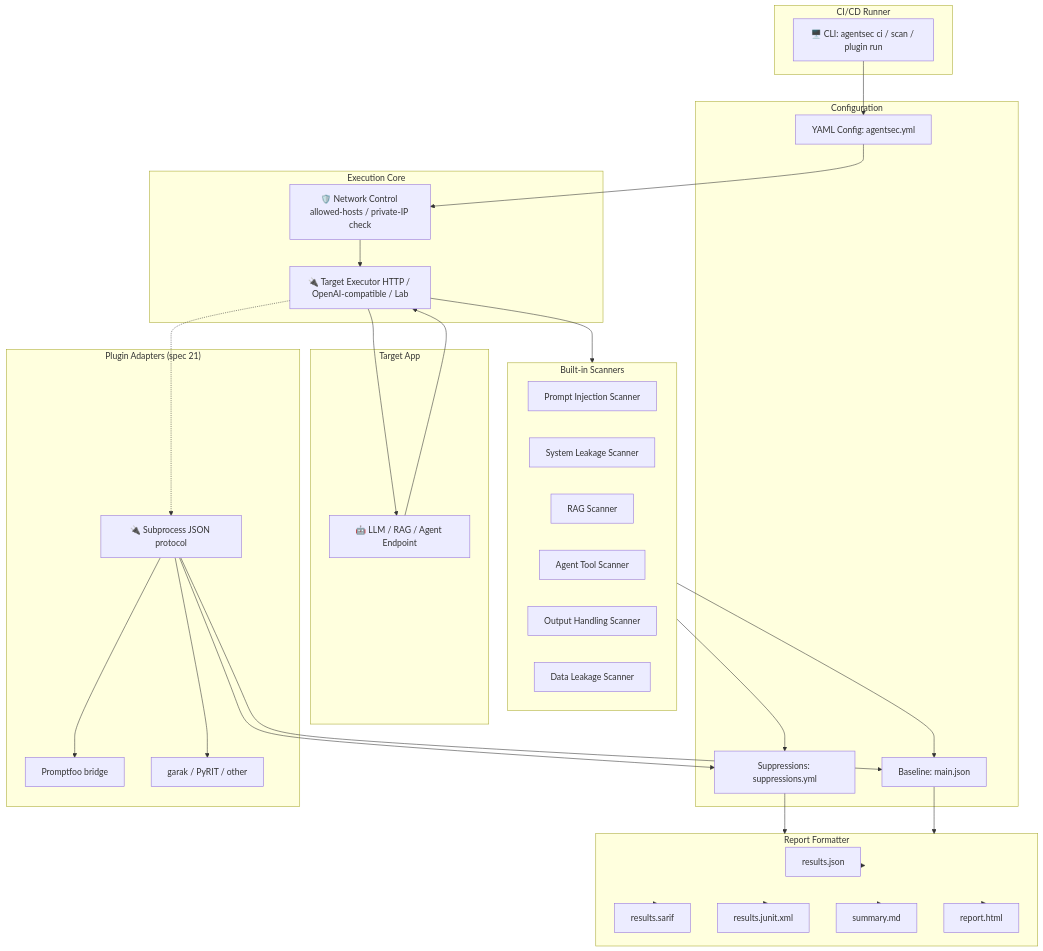
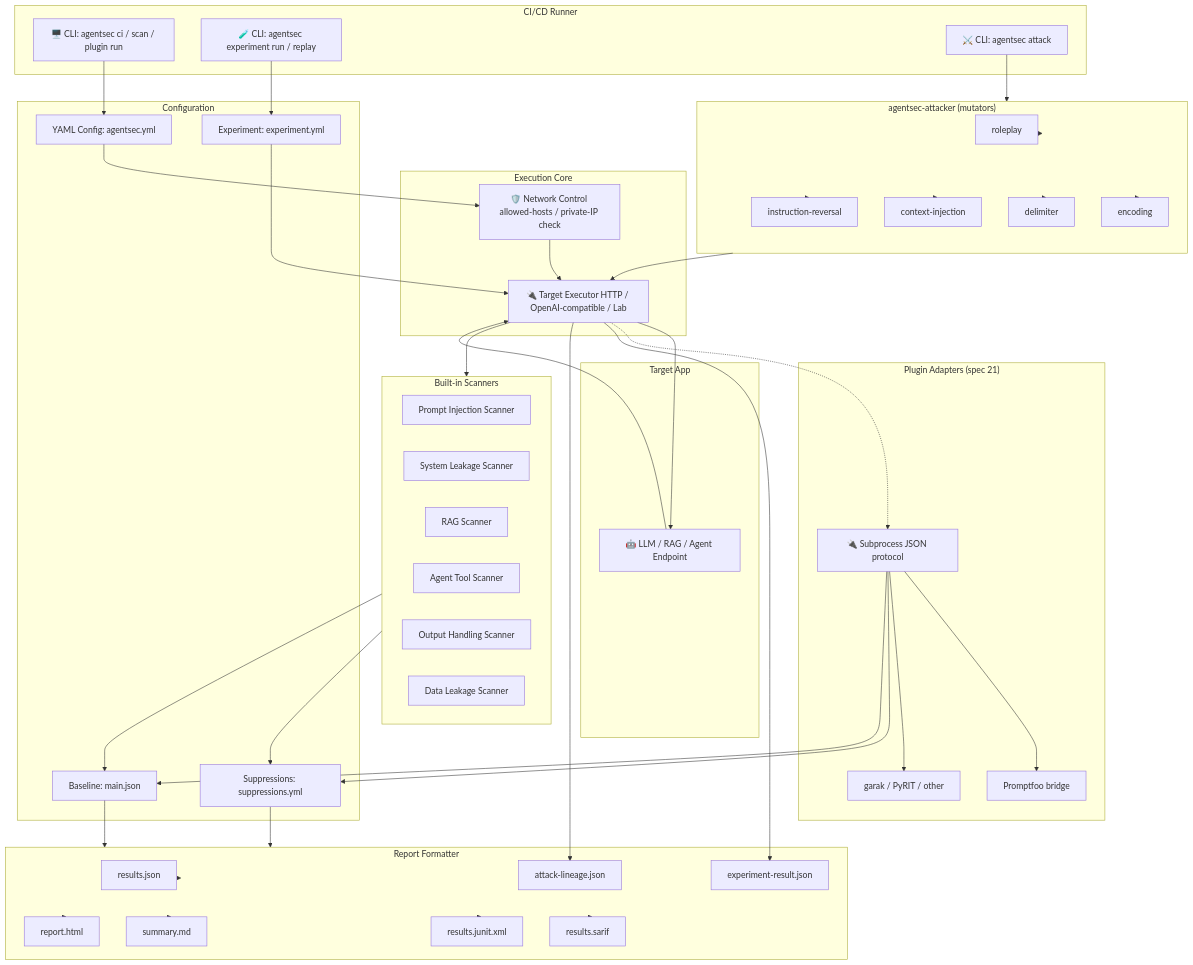
One commit to Teycir/AgentSec changed the diagram in README.md. Above: the diagram before and after it, drawn with Mermaid. The commit also changed other lines of this file and 2 other files, not shown here.

First line of the commit message:
docs: update documentation for new attack and experiment features

````diff
--- a/README.md
+++ b/README.md
@@ -243,17 +246,28 @@
 graph TD
     subgraph CI_Pipeline["CI/CD Runner"]
         Command[🖥️ CLI: agentsec ci / scan / plugin run]
+        Experiment[🧪 CLI: agentsec experiment run / replay]
+        Attack[⚔️ CLI: agentsec attack]
     end
 
     subgraph Config["Configuration"]
         AYML[YAML Config: agentsec.yml]
         SUPP[Suppressions: suppressions.yml]
         BASE[Baseline: main.json]
+        EXPYML[Experiment: experiment.yml]
     end
 
     subgraph Core["Execution Core"]
         NetGate[🛡️ Network Control allowed-hosts / private-IP check]
         Executor[🔌 Target Executor HTTP / OpenAI-compatible / Lab]
+    end
+
+    subgraph Attacker["agentsec-attacker (mutators)"]
+        MutRole[roleplay]
+        MutEnc[encoding]
+        MutDelim[delimiter]
+        MutCtx[context-injection]
+        MutRev[instruction-reversal]
     end
 
     subgraph Target_App["Target App"]
@@ -281,6 +295,8 @@
         JUNIT[results.junit.xml]
         MD[summary.md]
         HTML[report.html]
+        MANIFEST[experiment-result.json]
+        LINEAGE[attack-lineage.json]
     end
 
     Command --> AYML
@@ -303,4 +319,17 @@
     Formatting --> JUNIT
     Formatting --> MD
     Formatting --> HTML
+
+    Experiment --> EXPYML
+    EXPYML --> Executor
+    Executor --> MANIFEST
+
+    Attack --> Attacker
+    Attacker --> MutRole
+    Attacker --> MutEnc
+    Attacker --> MutDelim
+    Attacker --> MutCtx
+    Attacker --> MutRev
+    Attacker --> Executor
+    Executor --> LINEAGE
 ```
````
